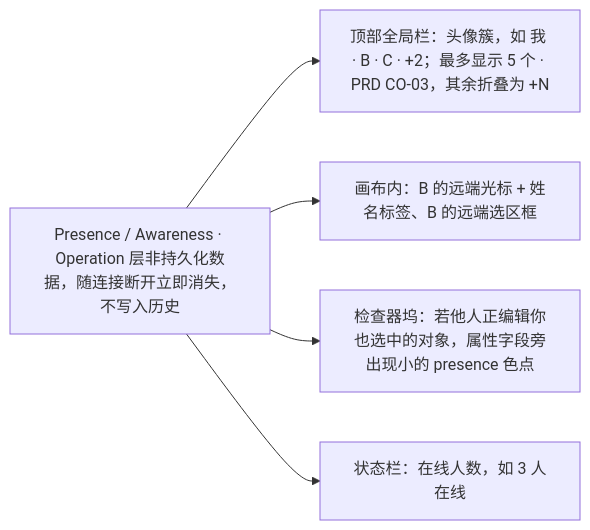
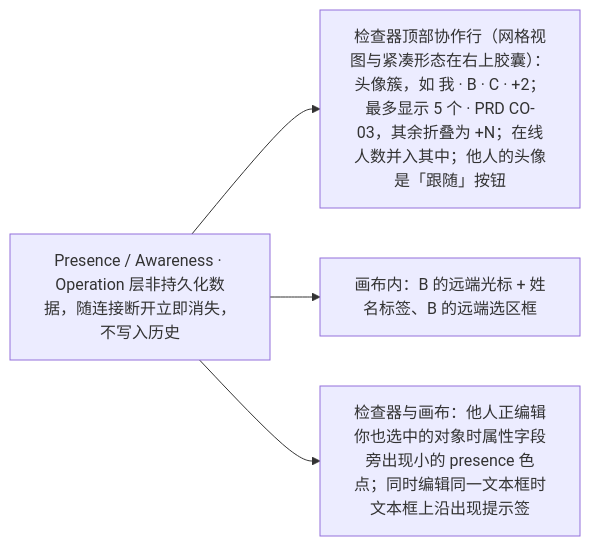
Before and after one commit to Xeonice/cordis-ppt-editor: the first of 6 diagrams in docs/20-design/05-collaboration-ux.md, drawn with Mermaid. The commit also changed other lines of this file and 44 other files, not shown here.

````diff
--- a/docs/20-design/05-collaboration-ux.md
+++ b/docs/20-design/05-collaboration-ux.md
@@ -13,12 +13,10 @@
 ```mermaid
 flowchart LR
   pres["Presence / Awareness · Operation 层非持久化数据，随连接断开立即消失，不写入历史"]
-  bar["顶部全局栏：头像簇，如 我 · B · C · +2；最多显示 5 个 · PRD CO-03，其余折叠为 +N"]
+  bar["检查器顶部协作行（网格视图与紧凑形态在右上胶囊）：头像簇，如 我 · B · C · +2；最多显示 5 个 · PRD CO-03，其余折叠为 +N；在线人数并入其中；他人的头像是「跟随」按钮"]
   canvas["画布内：B 的远端光标 + 姓名标签、B 的远端选区框"]
-  dock["检查器坞：若他人正编辑你也选中的对象，属性字段旁出现小的 presence 色点"]
-  status["状态栏：在线人数，如 3 人在线"]
+  dock["检查器与画布：他人正编辑你也选中的对象时属性字段旁出现小的 presence 色点；同时编辑同一文本框时文本框上沿出现提示签"]
   pres --> bar
   pres --> canvas
   pres --> dock
-  pres --> status
 ```
````
